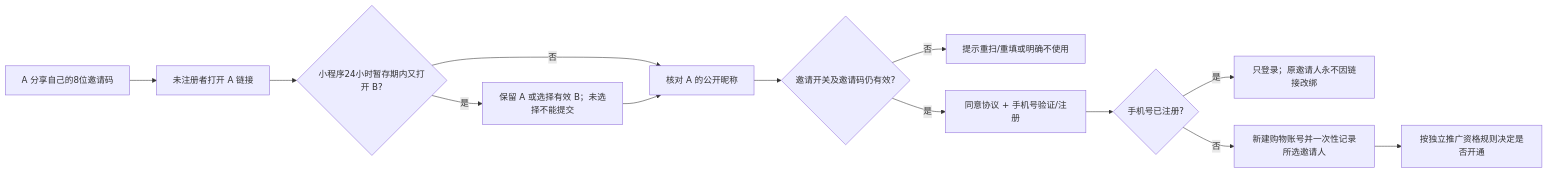
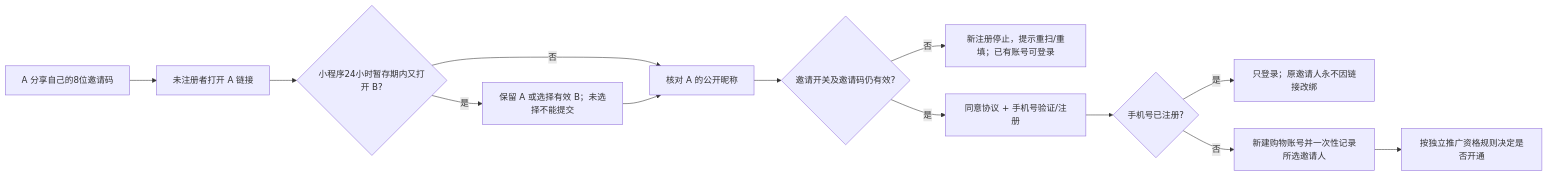
The second of 2 diagrams in document/PRODUCT_CURRENT_MAP.md (lifei3651/mall-swarm), drawn with Mermaid before and after one commit. The commit also changed other lines of this file and 28 other files, not shown here.

````diff
--- a/document/PRODUCT_CURRENT_MAP.md
+++ b/document/PRODUCT_CURRENT_MAP.md
@@ -69,15 +69,15 @@
 ```mermaid
 flowchart LR
   A[A 分享自己的8位邀请码] --> U[未注册者打开 A 链接]
   U --> C{小程序24小时暂存期内又打开 B?}
   C -->|否| P[核对 A 的公开昵称]
   C -->|是| K[保留 A 或选择有效 B；未选择不能提交]
   K --> P
   P --> E{邀请开关及邀请码仍有效?}
-  E -->|否| Stop[提示重扫/重填或明确不使用]
+  E -->|否| Stop[新注册停止，提示重扫/重填；已有账号可登录]
   E -->|是| Phone[同意协议 + 手机号验证/注册]
   Phone --> New{手机号已注册?}
   New -->|是| Old[只登录；原邀请人永不因链接改绑]
   New -->|否| Bind[新建购物账号并一次性记录所选邀请人]
   Bind --> Join[按独立推广资格规则决定是否开通]
 ```
````
